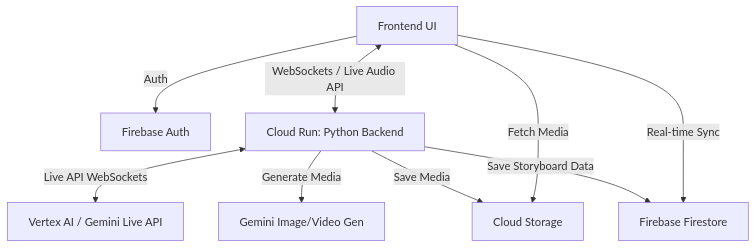
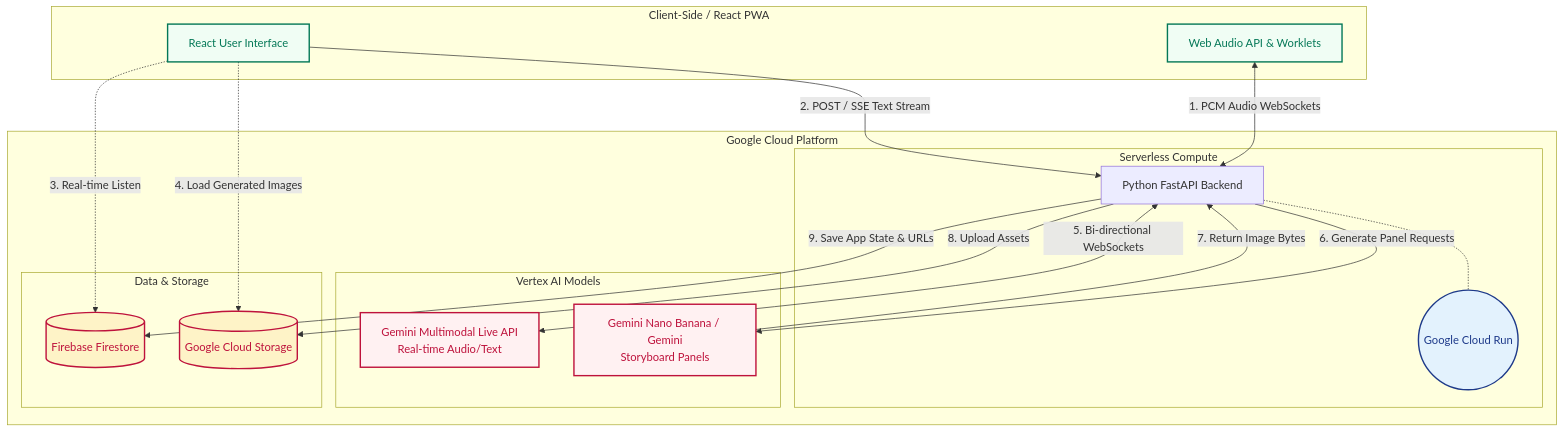
The diagram in plans/architecture.md (jeffbryner/devpost-storyteller), drawn with Mermaid before and after one commit. The commit also changed other lines of this file and 3 other files, not shown here.

Commit message:
architecture edits

````diff
--- a/plans/architecture.md
+++ b/plans/architecture.md
@@ -39,11 +44,48 @@
 ```mermaid
-graph TD
-    Client[Frontend UI] -->|Auth| FirebaseAuth[Firebase Auth]
-    Client <-->|WebSockets / Live Audio API| API[Cloud Run: Python Backend]
-    API <-->|Live API WebSockets| Gemini[Vertex AI / Gemini Live API]
-    API -->|Generate Media| GeminiGen[Gemini Image/Video Gen]
-    API -->|Save Media| GCS[Cloud Storage]
-    API -->|Save Storyboard Data| Firestore[Firebase Firestore]
-    Client -->|Real-time Sync| Firestore
-    Client -->|Fetch Media| GCS
+flowchart TB
+    subgraph Frontend [Client-Side / React PWA]
+        UI[React User Interface]
+        WebAudio[Web Audio API & Worklets]
+    end
+
+    subgraph GCP [Google Cloud Platform]
+        subgraph Compute [Serverless Compute]
+            FastAPI[Python FastAPI Backend]
+            CloudRun((Google Cloud Run))
+            FastAPI -.- CloudRun
+        end
+
+        subgraph GenAI [Vertex AI Models]
+            LiveAPI[Gemini Multimodal Live API<br/>Real-time Audio/Text]
+            ImageModel[Gemini Nano Banana / Gemini<br/>Storyboard Panels]
+        end
+
+        subgraph Data [Data & Storage]
+            Firestore[(Firebase Firestore)]
+            Storage[(Google Cloud Storage)]
+        end
+    end
+
+    %% Client Interactions
+    WebAudio <-->|1. PCM Audio WebSockets| FastAPI
+    UI -->|2. POST / SSE Text Stream| FastAPI
+    UI -.->|3. Real-time Listen| Firestore
+    UI -.->|4. Load Generated Images| Storage
+
+    %% Backend Interactions
+    FastAPI <-->|5. Bi-directional WebSockets| LiveAPI
+    FastAPI -->|6. Generate Panel Requests| ImageModel
+    ImageModel -->|7. Return Image Bytes| FastAPI
+    FastAPI -->|8. Upload Assets| Storage
+    FastAPI -->|9. Save App State & URLs| Firestore
+
+    classDef gcp fill:#e3f2fd,stroke:#1e3a8a,stroke-width:2px,color:#1e3a8a;
+    classDef frontend fill:#f0fdf4,stroke:#047857,stroke-width:2px,color:#047857;
+    classDef ai fill:#fff1f2,stroke:#be123c,stroke-width:2px,color:#be123c;
+    classDef db fill:#fef3c7,stroke:#be123c,stroke-width:2px,color:#be123c;
+    
+    class CloudRun gcp;
+    class UI,WebAudio frontend;
+    class LiveAPI,ImageModel ai;
+    class Firestore,Storage db;
 ```
````
